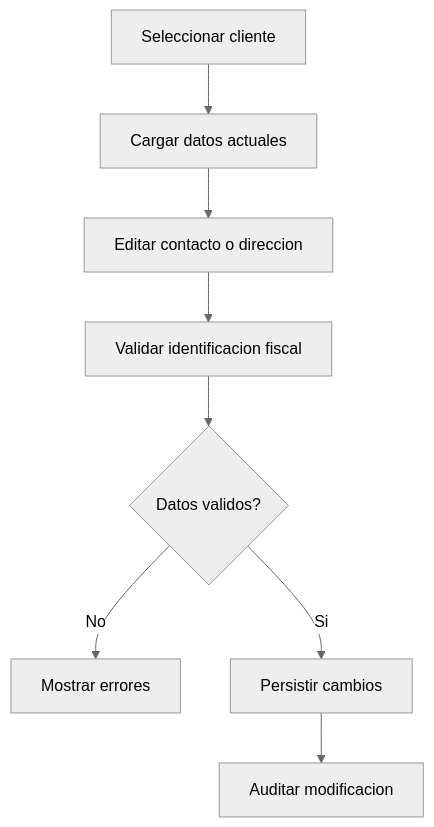
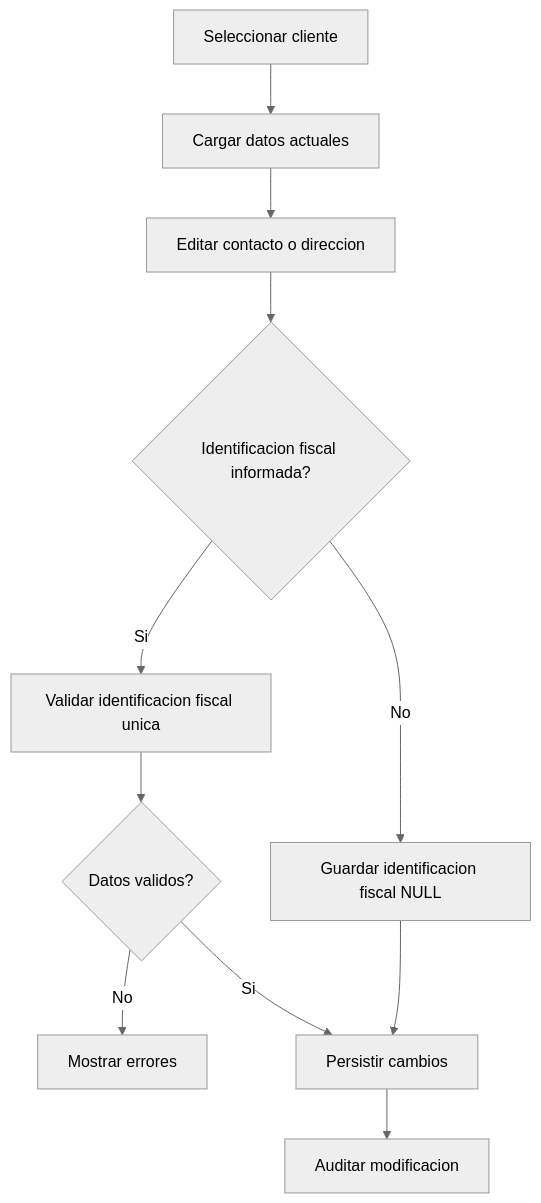
One commit to Martinrc93/distribuidoraCore changed the diagram in docs/diagrams/customer/flow-update-customer.md. Above: the diagram before and after it, drawn with Mermaid (neutral theme). The commit also changed 149 other files, not shown here.

````diff
--- a/docs/diagrams/customer/flow-update-customer.md
+++ b/docs/diagrams/customer/flow-update-customer.md
@@ -3,10 +3,13 @@
 ```mermaid
 flowchart TD
     A[Seleccionar cliente] --> B[Cargar datos actuales]
     B --> C[Editar contacto o direccion]
-    C --> D[Validar identificacion fiscal]
-    D --> E{Datos validos?}
-    E -->|No| F[Mostrar errores]
-    E -->|Si| G[Persistir cambios]
-    G --> H[Auditar modificacion]
+    C --> D{Identificacion fiscal informada?}
+    D -->|Si| E[Validar identificacion fiscal unica]
+    D -->|No| F[Guardar identificacion fiscal NULL]
+    E --> G{Datos validos?}
+    G -->|No| H[Mostrar errores]
+    G -->|Si| I[Persistir cambios]
+    F --> I
+    I --> J[Auditar modificacion]
 ```
````
